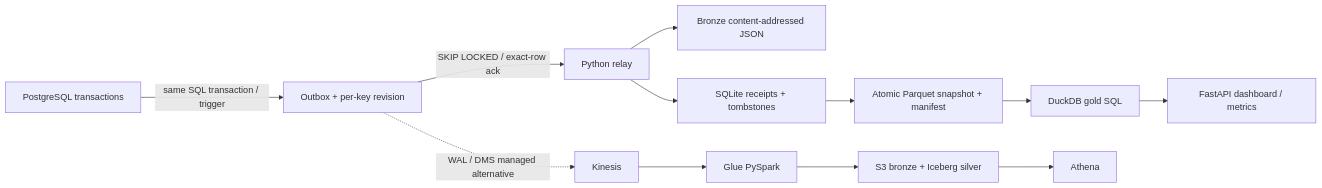
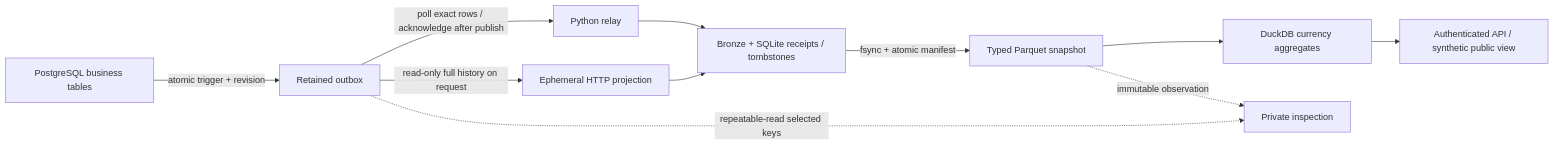
One commit to 9059Rohith/fluxlake changed the diagram in README.md. Above: the diagram before and after it, drawn with Mermaid. The commit also changed other lines of this file and 16 other files, not shown here.

Commit message:
Add snapshot-scoped projection inspection and evidence-led project guide

````diff
--- a/README.md
+++ b/README.md
@@ -15,14 +23,13 @@
 ```mermaid
 flowchart LR
-  A[PostgreSQL transactions] -->|same SQL transaction / trigger| B[Outbox + per-key revision]
-  B -->|SKIP LOCKED / exact-row ack| C[Python relay]
-  C --> D[Bronze content-addressed JSON]
-  C --> E[SQLite receipts + tombstones]
-  E --> F[Atomic Parquet snapshot + manifest]
-  F --> G[DuckDB gold SQL]
-  G --> H[FastAPI dashboard / metrics]
-  B -. WAL / DMS managed alternative .-> K[Kinesis]
-  K --> L[Glue PySpark]
-  L --> M[S3 bronze + Iceberg silver]
-  M --> N[Athena]
+  PG[PostgreSQL business tables] -->|atomic trigger + revision| O[Retained outbox]
+  O -->|poll exact rows / acknowledge after publish| R[Python relay]
+  O -->|read-only full history on request| E[Ephemeral HTTP projection]
+  R --> L[Bronze + SQLite receipts / tombstones]
+  E --> L
+  L -->|fsync + atomic manifest| P[Typed Parquet snapshot]
+  P --> D[DuckDB currency aggregates]
+  D --> API[Authenticated API / synthetic public view]
+  O -. repeatable-read selected keys .-> I[Private inspection]
+  P -. immutable observation .-> I
 ```
````
